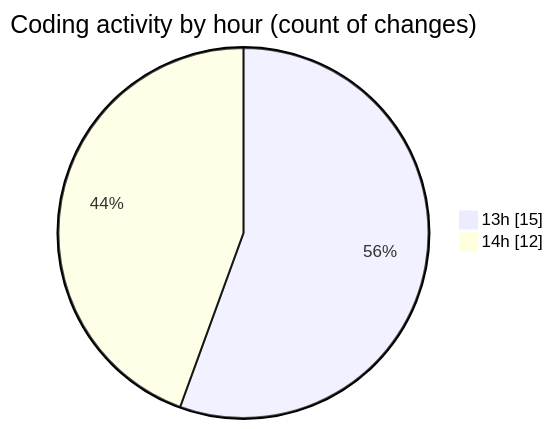
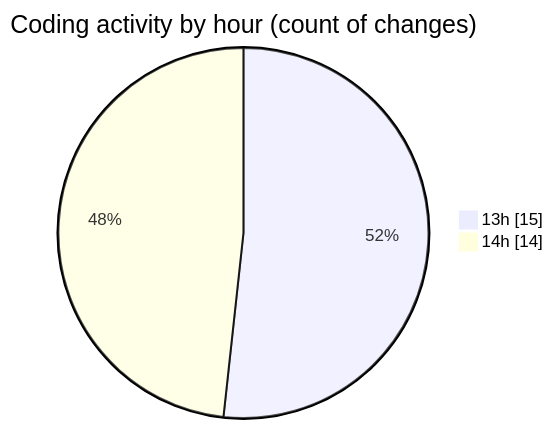
Before and after one commit to idhammustaqopulfikri/code-tracking: the second of 2 diagrams in 2025-05-15/bookingpodcas/README.md, drawn with Mermaid. The commit also changed other lines of this file and 1 other file, not shown here.

````diff
--- a/2025-05-15/bookingpodcas/README.md
+++ b/2025-05-15/bookingpodcas/README.md
@@ -36,6 +36,6 @@
 ```mermaid
 pie showData
 title Coding activity by hour (count of changes)
 "13h" : 15
-"14h" : 12
+"14h" : 14
 ```
````
